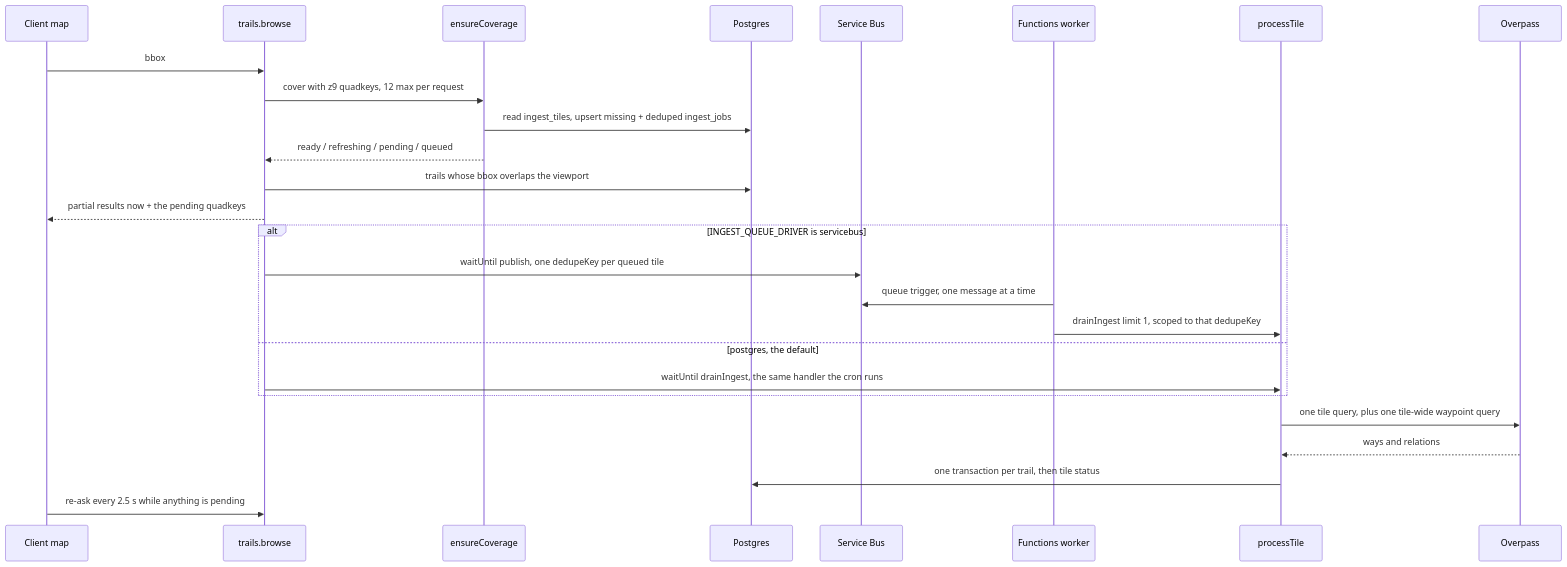
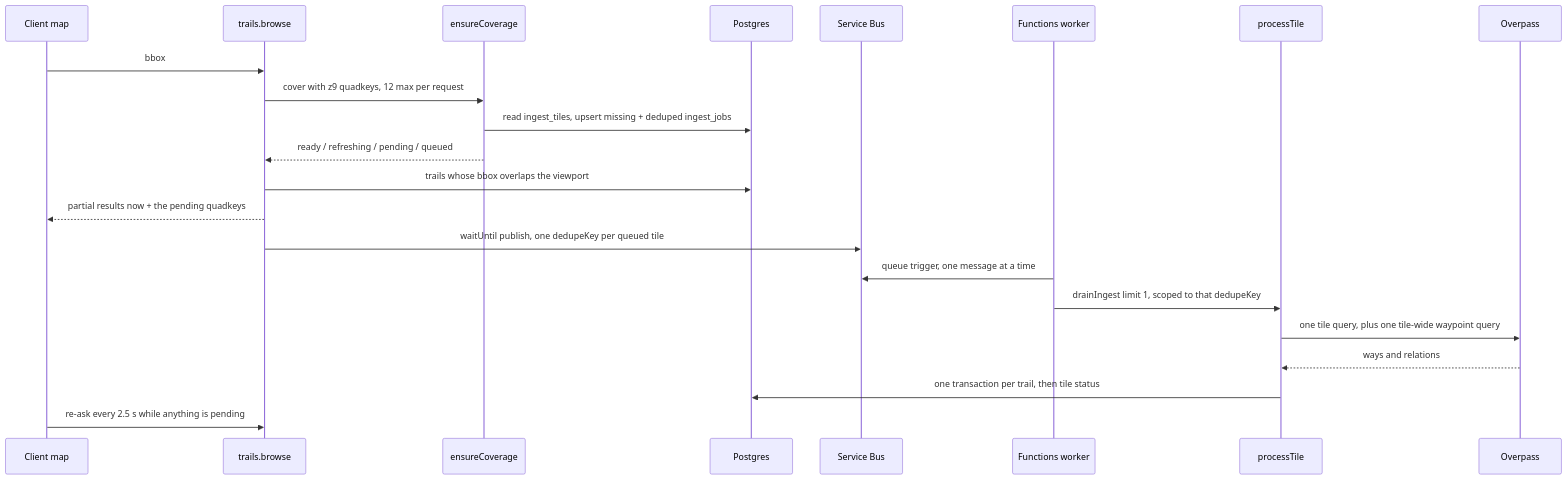
Before and after one commit to mbahgatTech/switchback: the second of 11 diagrams in docs/architecture.md, drawn with Mermaid. The commit also changed other lines of this file and 9 other files, not shown here.

````diff
--- a/docs/architecture.md
+++ b/docs/architecture.md
@@ -58,31 +58,27 @@
 ```mermaid
 sequenceDiagram
   participant C as Client map
   participant B as trails.browse
   participant V as ensureCoverage
   participant DB as Postgres
   participant SB as Service Bus
   participant W as Functions worker
   participant P as processTile
   participant O as Overpass
 
   C->>B: bbox
   B->>V: cover with z9 quadkeys, 12 max per request
   V->>DB: read ingest_tiles, upsert missing + deduped ingest_jobs
   V-->>B: ready / refreshing / pending / queued
   B->>DB: trails whose bbox overlaps the viewport
   B-->>C: partial results now + the pending quadkeys
 
-  alt INGEST_QUEUE_DRIVER is servicebus
-    B->>SB: waitUntil publish, one dedupeKey per queued tile
-    W->>SB: queue trigger, one message at a time
-    W->>P: drainIngest limit 1, scoped to that dedupeKey
-  else postgres, the default
-    B->>P: waitUntil drainIngest, the same handler the cron runs
-  end
+  B->>SB: waitUntil publish, one dedupeKey per queued tile
+  W->>SB: queue trigger, one message at a time
+  W->>P: drainIngest limit 1, scoped to that dedupeKey
 
   P->>O: one tile query, plus one tile-wide waypoint query
   O-->>P: ways and relations
   P->>DB: one transaction per trail, then tile status
   C->>B: re-ask every 2.5 s while anything is pending
 ```
````
